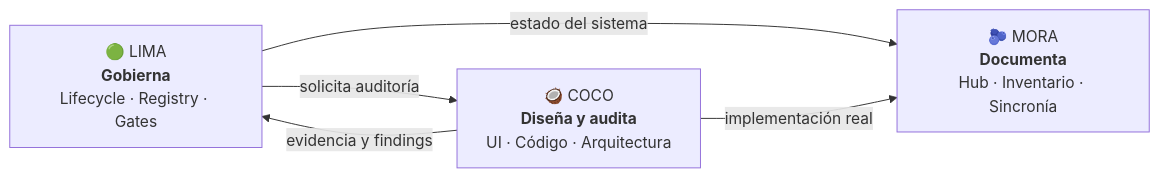
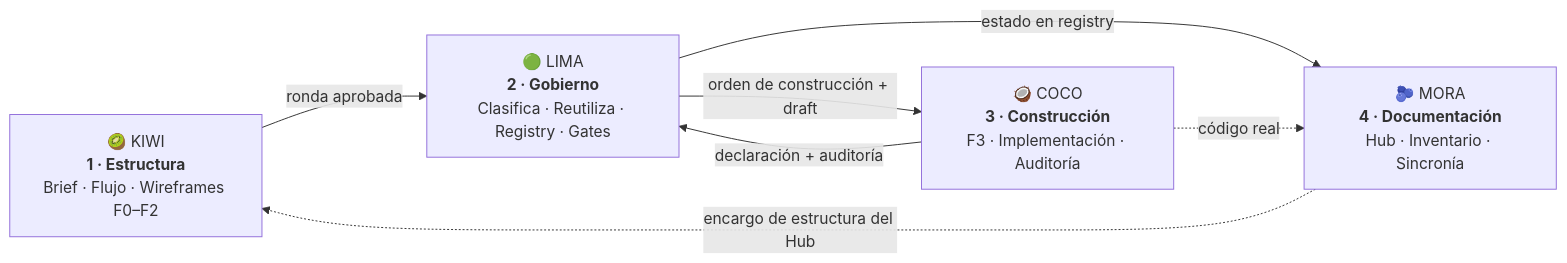
The first of 2 diagrams in README.md (kevinedgm/fruti-squad), drawn with Mermaid before and after one commit. The commit also changed other lines of this file and 27 other files, not shown here.

````diff
--- a/README.md
+++ b/README.md
@@ -63,11 +64,14 @@
 ```mermaid
 flowchart LR
-    L["🟢 LIMA<br/><b>Gobierna</b><br/>Lifecycle · Registry · Gates"]
-    C["🥥 COCO<br/><b>Diseña y audita</b><br/>UI · Código · Arquitectura"]
-    M["🫐 MORA<br/><b>Documenta</b><br/>Hub · Inventario · Sincronía"]
+    K["🥝 KIWI<br/><b>1 · Estructura</b><br/>Brief · Flujo · Wireframes F0–F2"]
+    L["🟢 LIMA<br/><b>2 · Gobierno</b><br/>Clasifica · Reutiliza · Registry · Gates"]
+    C["🥥 COCO<br/><b>3 · Construcción</b><br/>F3 · Implementación · Auditoría"]
+    M["🫐 MORA<br/><b>4 · Documentación</b><br/>Hub · Inventario · Sincronía"]
 
-    L -->|"solicita auditoría"| C
-    C -->|"evidencia y findings"| L
-    L -->|"estado del sistema"| M
-    C -->|"implementación real"| M
+    K -->|"ronda aprobada"| L
+    L -->|"orden de construcción + draft"| C
+    C -->|"declaración + auditoría"| L
+    L -->|"estado en registry"| M
+    C -.->|"código real"| M
+    M -.->|"encargo de estructura del Hub"| K
 ```
````
